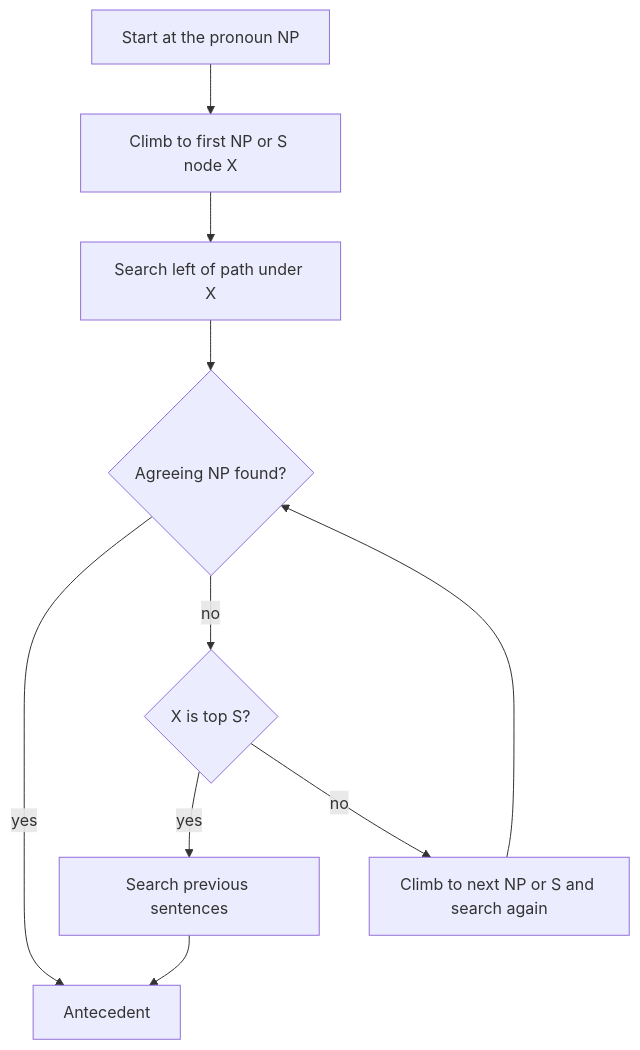
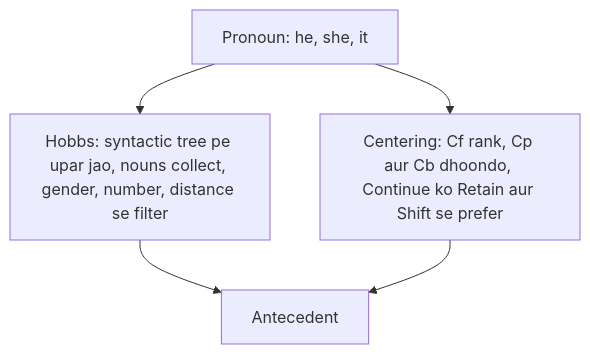
One commit to TrendySloth1001/sem-seven-notes changed the diagram in content/natural-language-processing/pyq/2025-05-ce/q4b.hi.mdx. Above: the diagram before and after it, drawn with Mermaid. The commit also changed other lines of this file and 406 other files, not shown here.

````diff
--- a/content/natural-language-processing/pyq/2025-05-ce/q4b.hi.mdx
+++ b/content/natural-language-processing/pyq/2025-05-ce/q4b.hi.mdx
@@ -16,13 +7,8 @@
 ```mermaid
-%% caption: Hobbs search. Pehle pronoun ke paas dekho, phir tree mein upar chadho, phir pehle ke sentences mein jao.
+%% caption: Anaphora resolution ke ek hi kaam ke do methods.
 flowchart TD
-  A["Start at the pronoun NP"] --> B["Climb to first NP or S node X"]
-  B --> C["Search left of path under X"]
-  C --> D{"Agreeing NP found?"}
-  D -->|"yes"| Z["Antecedent"]
-  D -->|"no"| E{"X is top S?"}
-  E -->|"yes"| F["Search previous sentences"]
-  F --> Z
-  E -->|"no"| G["Climb to next NP or S and search again"]
-  G --> D
+  A["Pronoun: he, she, it"] --> H["Hobbs: syntactic tree pe upar jao, nouns collect, gender, number, distance se filter"]
+  A --> G["Centering: Cf rank, Cp aur Cb dhoondo, Continue ko Retain aur Shift se prefer"]
+  H --> R["Antecedent"]
+  G --> R
 ```
````
